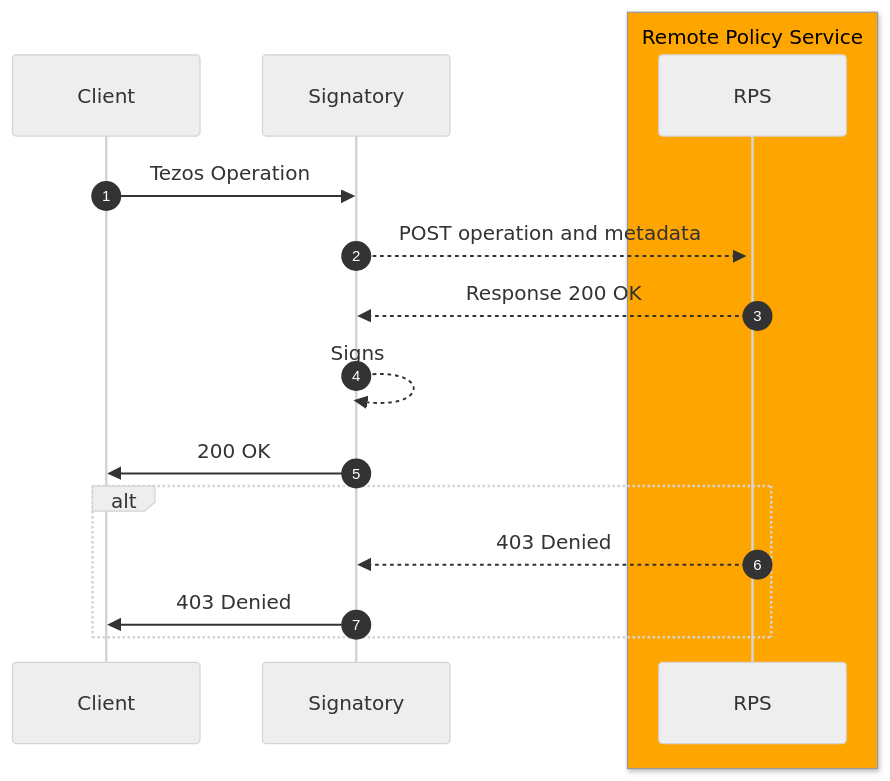
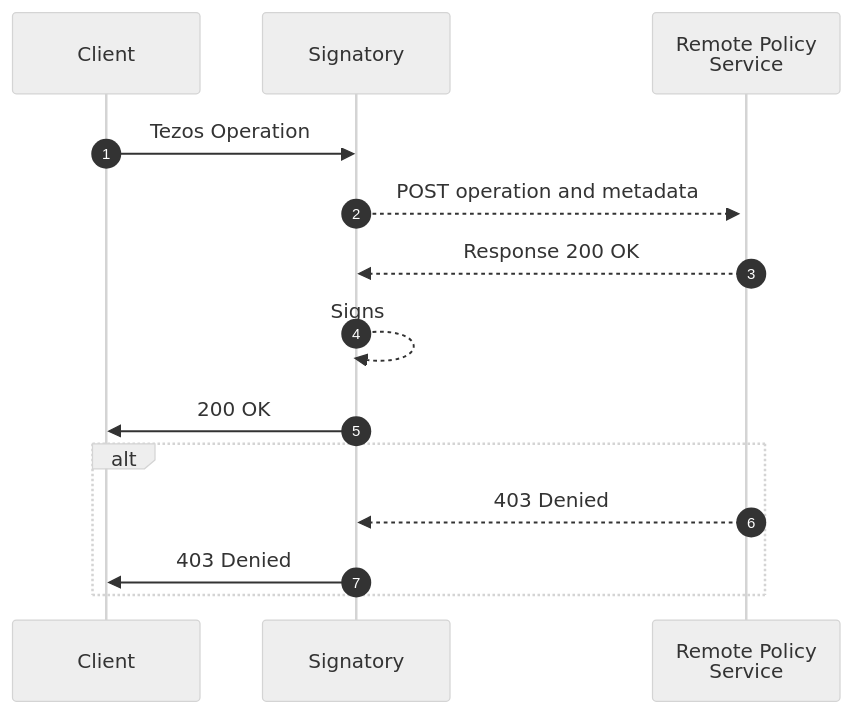
One commit to ecadlabs/signatory changed the diagram in docs/remote_policy.md. Above: the diagram before and after it, drawn with Mermaid (neutral theme).

Commit message:
restore fix with no box

````diff
--- a/docs/remote_policy.md
+++ b/docs/remote_policy.md
@@ -13,21 +13,16 @@
 ```mermaid
 sequenceDiagram
 autonumber
 participant C as Client
 participant S as Signatory
-
-box orange Remote Policy Service
-participant R as RPS
-end
-
+participant R as Remote Policy<br> Service
 C->>S: Tezos Operation
 S-->>+R: POST operation and metadata
 R-->>S: Response 200 OK
 S-->>S: Signs 
 S->>C: 200 OK
-
 alt
 R-->>S: 403 Denied
 S->>C: 403 Denied
 end
 ```
````
